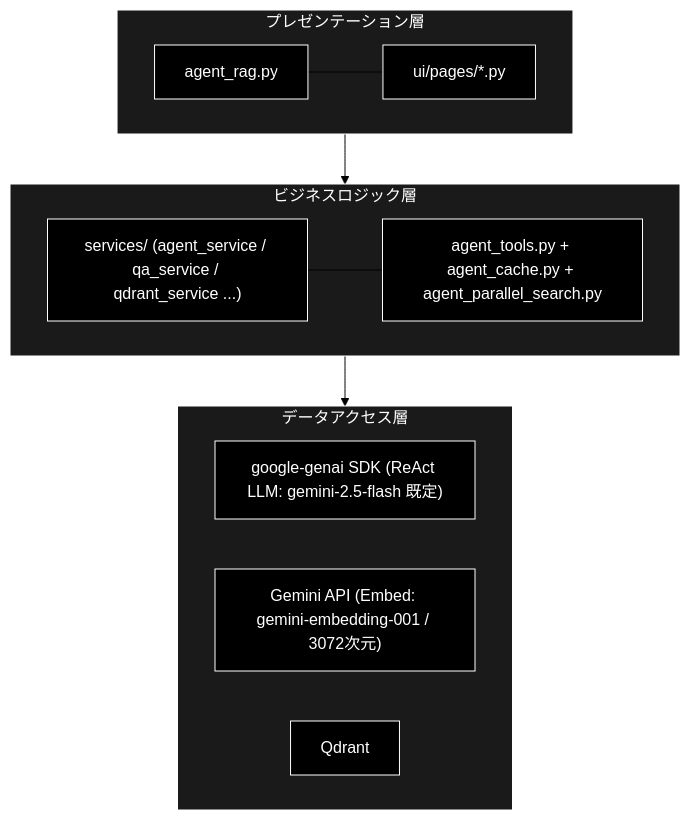
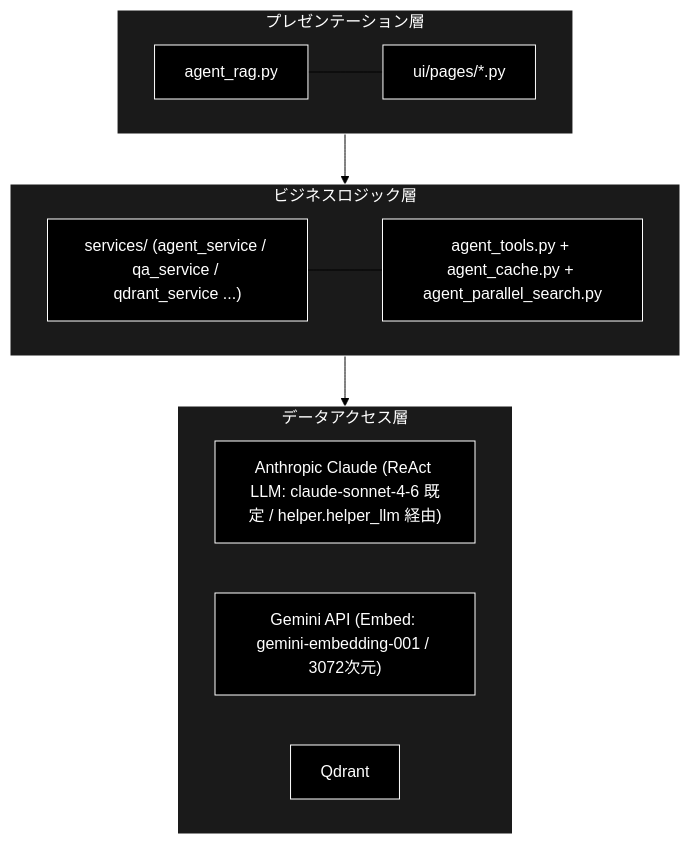
Before and after one commit to nakashima2toshio/anthropic_grace_agent_v2: the first of 10 diagrams in readme_react_reflection.md, drawn with Mermaid (forest theme). The commit also changed other lines of this file, not shown here.

First line of the commit message:
docs: readme_react_reflection.md を Anthropic ネイティブに全面改修

````diff
--- a/readme_react_reflection.md
+++ b/readme_react_reflection.md
@@ -147,29 +147,29 @@
 ```mermaid
 graph TD
     subgraph Presentation ["プレゼンテーション層"]
         Entry["agent_rag.py"]
         Pages["ui/pages/*.py"]
         Entry --- Pages
     end
 
     subgraph BusinessLogic ["ビジネスロジック層"]
         Services["services/ (agent_service / qa_service / qdrant_service ...)"]
         Tools["agent_tools.py + agent_cache.py + agent_parallel_search.py"]
         Services --- Tools
     end
 
     subgraph DataAccess ["データアクセス層"]
-        LLM["google-genai SDK (ReAct LLM: gemini-2.5-flash 既定)"]
+        LLM["Anthropic Claude (ReAct LLM: claude-sonnet-4-6 既定 / helper.helper_llm 経由)"]
         EmbedAPI["Gemini API (Embed: gemini-embedding-001 / 3072次元)"]
         DB["Qdrant"]
     end
 
     Presentation --> BusinessLogic
     BusinessLogic --> DataAccess
 classDef default fill:#000,stroke:#fff,color:#fff
 classDef subgraphStyle fill:#1a1a1a,stroke:#fff,color:#fff
 class Entry,Pages,Services,Tools,LLM,EmbedAPI,DB default
 style Presentation fill:#1a1a1a,stroke:#fff,color:#fff
 style BusinessLogic fill:#1a1a1a,stroke:#fff,color:#fff
 style DataAccess fill:#1a1a1a,stroke:#fff,color:#fff
 ```
````
